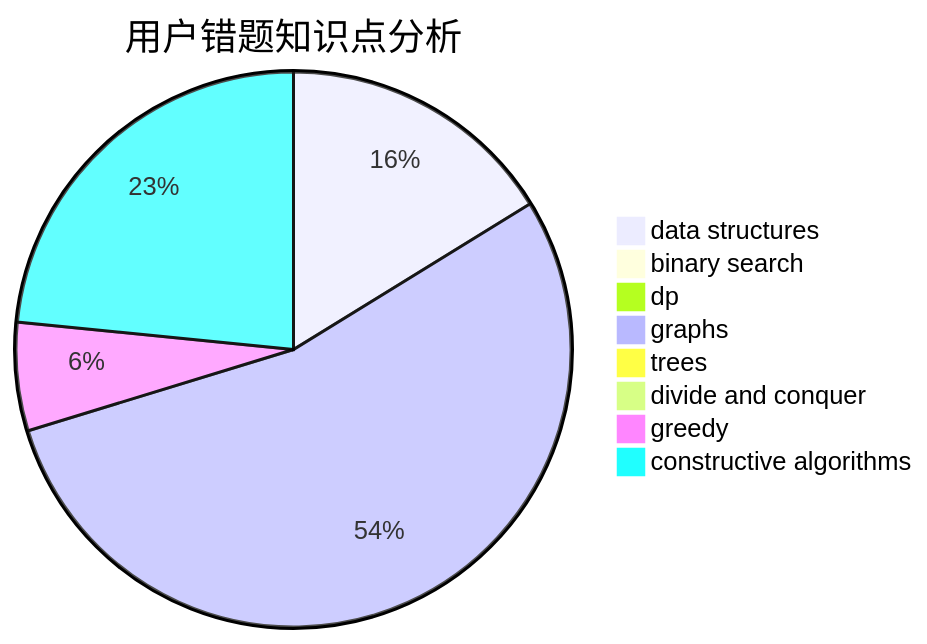
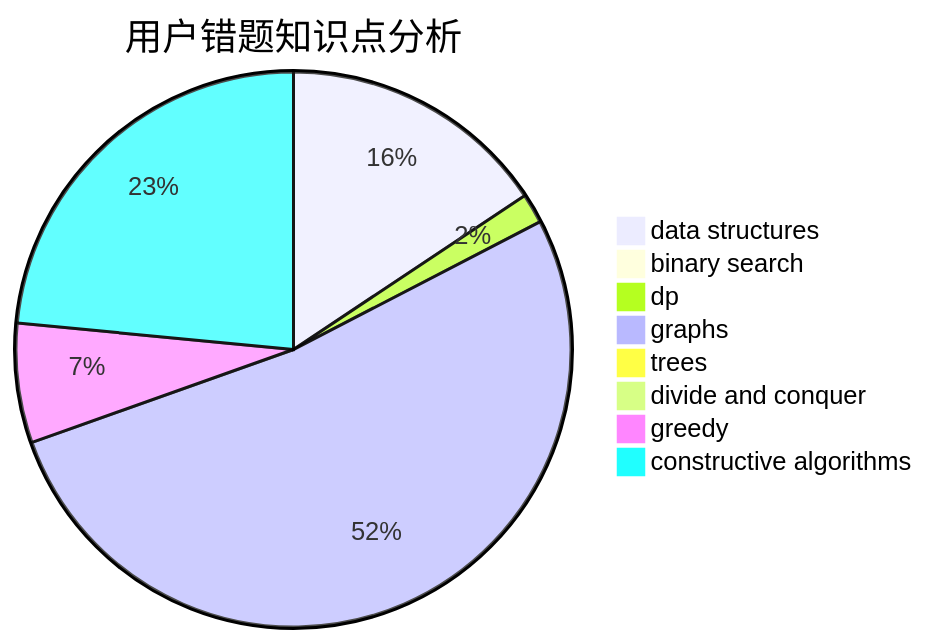
Before and after one commit to sherpahu/cfrs.github.io: the third of 3 diagrams in docs/user/u1851.md, drawn with Mermaid. The commit also changed other lines of this file and 2770 other files, not shown here.

````diff
--- a/docs/user/u1851.md
+++ b/docs/user/u1851.md
@@ -36,11 +36,11 @@
 ```mermaid
 pie title 用户错题知识点分析
     "data structures" :  18
     "binary search" :  0
-    "dp" :  1
+    "dp" :  2
     "graphs" :  60
     "trees" :  0
     "divide and conquer" :  0
-    "greedy" :  7
-    "constructive algorithms" :  26
+    "greedy" :  8
+    "constructive algorithms" :  27
 ```
````
